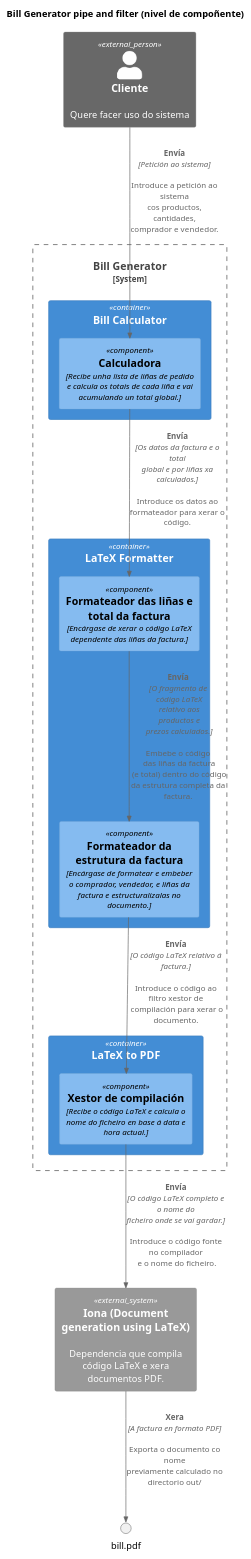
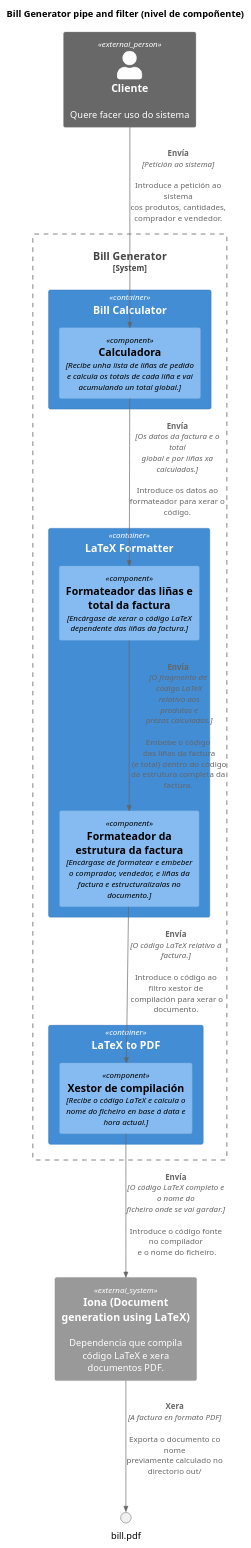
One commit to alejandrobujan/simple_bill_generator changed the diagram in doc/componhente.pu. Above: the diagram before and after it, drawn with PlantUML. The commit also changed 6 other files, not shown here.

Commit message:
Updated README.md and diagrams

```diff
--- a/doc/componhente.pu
+++ b/doc/componhente.pu
@@ -1,30 +1,30 @@
 @startuml Bill Generator pipe and filter
 title Bill Generator pipe and filter (nivel de compoñente)
 !include https://raw.githubusercontent.com/plantuml-stdlib/C4-PlantUML/master/C4_Component.puml
 
 Person_Ext(client, "Cliente", "Quere facer uso do sistema")
 
 System_Boundary(pipeline_system, "Bill Generator"){
     Container(latex_formatter, "LaTeX Formatter", ""){
         Component(latex_formatter1, "Formateador das liñas e total da factura", "Encárgase de xerar o código LaTeX dependente das liñas da factura.")
         Component(latex_formatter2, "Formateador da estrutura da factura", "Encárgase de formatear e embeber o comprador, vendedor, e liñas da factura e estructuralizalas no documento.")
     }
     Container(bill_calculator, "Bill Calculator", ""){
         Component(bill_calculator1, "Calculadora", "Recibe unha lista de liñas de pedido e calcula os totais de cada liña e vai acumulando un total global.")
     }
     Container(latex_to_pdf, "LaTeX to PDF", ""){
         Component(latex_to_pdf1, "Xestor de compilación", "Recibe o código LaTeX e calcula o nome do ficheiro en base á data e hora actual.")
     }
 }
 
 System_Ext(latex_to_pdf2, "Iona (Document generation using LaTeX)", "Dependencia que compila código LaTeX e xera documentos PDF.")
 
 
-Rel(client, bill_calculator1, "Envía", "Petición ao sistema", "Introduce a petición ao sistema cos productos, cantidades, comprador e vendedor.")
+Rel(client, bill_calculator1, "Envía", "Petición ao sistema", "Introduce a petición ao sistema cos produtos, cantidades, comprador e vendedor.")
 Rel(bill_calculator1, latex_formatter1, "Envía", "Os datos da factura e o total global e por liñas xa calculados.", "Introduce os datos ao formateador para xerar o código.")
-Rel(latex_formatter1, latex_formatter2, "Envía", "O fragmento de\n código LaTeX\n relativo aos\n productos e\n prezos calculados.", "Embebe o código\n das liñas da factura\n (e total) dentro do código da estrutura completa da factura.")
+Rel(latex_formatter1, latex_formatter2, "Envía", "O fragmento de\n código LaTeX\n relativo aos\n produtos e\n prezos calculados.", "Embebe o código\n das liñas da factura\n (e total) dentro do código da estrutura completa da factura.")
 Rel(latex_formatter2, latex_to_pdf1, "Envía", "O código LaTeX relativo á factura.", "Introduce o código ao filtro xestor de\n compilación para xerar o documento.")
 Rel(latex_to_pdf1, latex_to_pdf2, "Envía", "O código LaTeX completo e o nome do ficheiro onde se vai gardar.", "Introduce o código fonte no compilador\n e o nome do ficheiro.")
 Rel(latex_to_pdf2, bill.pdf, "Xera", "A factura en formato PDF", "Exporta o documento co nome previamente calculado no directorio out/")
 
 @enduml
```
